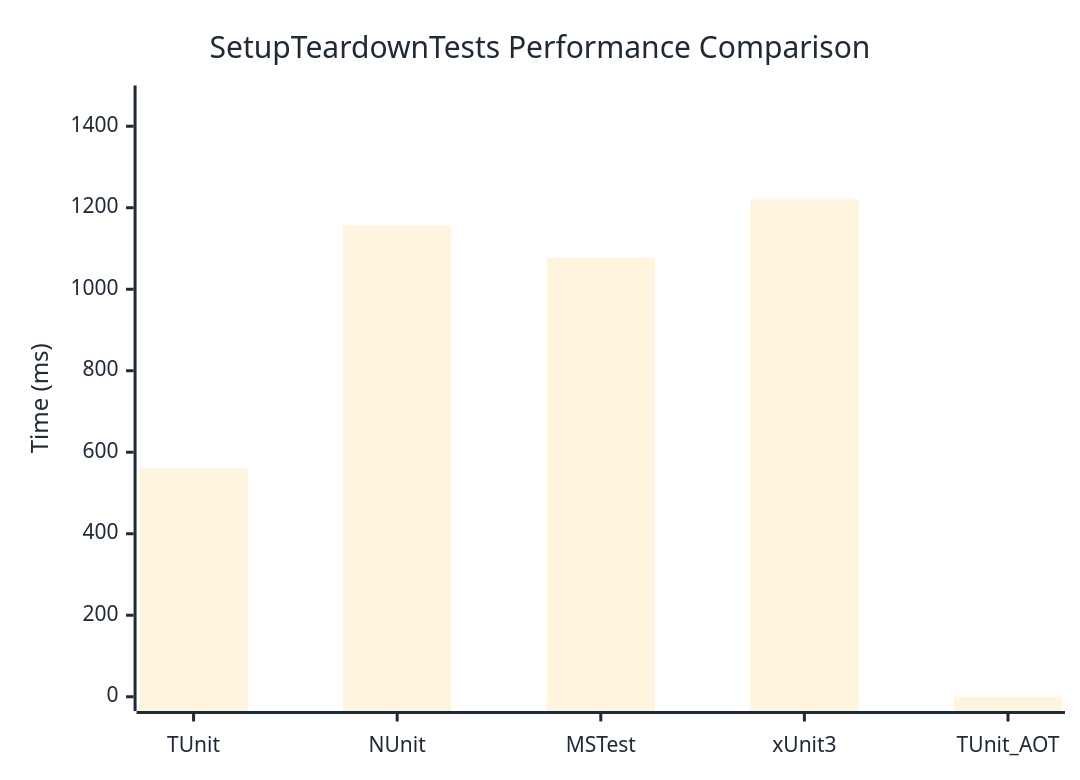
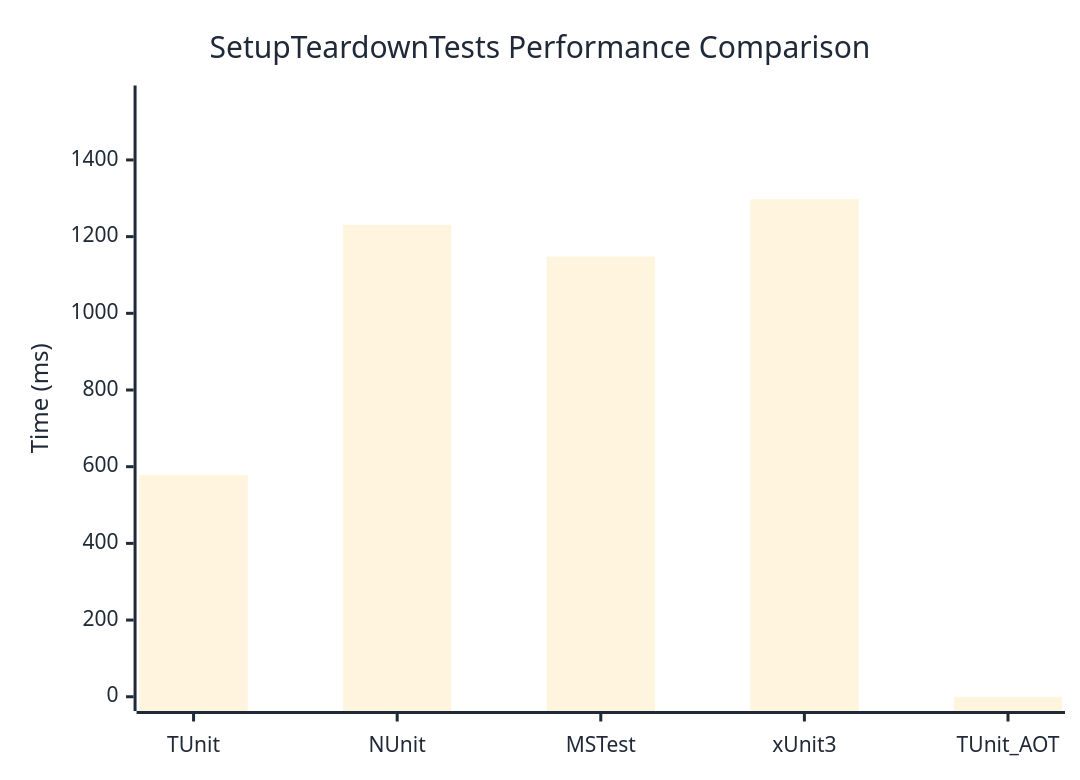
Before and after one commit to thomhurst/TUnit: the diagram in docs/docs/benchmarks/SetupTeardownTests.md, drawn with Mermaid. The commit also changed other lines of this file and 17 other files, not shown here.

````diff
--- a/docs/docs/benchmarks/SetupTeardownTests.md
+++ b/docs/docs/benchmarks/SetupTeardownTests.md
@@ -27,37 +27,37 @@
 ```mermaid
 %%{init: {
   'theme':'base',
   'themeVariables': {
     'primaryColor': '#2563eb',
     'primaryTextColor': '#1f2937',
     'primaryBorderColor': '#1e40af',
     'lineColor': '#6b7280',
     'secondaryColor': '#7c3aed',
     'tertiaryColor': '#dc2626',
     'background': '#ffffff',
     'mainBkg': '#2563eb',
     'secondBkg': '#7c3aed',
     'tertiaryBkg': '#dc2626',
     'clusterBkg': '#f3f4f6',
     'edgeLabelBackground': '#ffffff',
     'tertiaryTextColor': '#1f2937',
     'pie1': '#2563eb',
     'pie2': '#7c3aed',
     'pie3': '#dc2626',
     'pie4': '#f59e0b',
     'pie5': '#10b981',
     'pie6': '#06b6d4',
     'pie7': '#ec4899',
     'pie8': '#6366f1',
     'pie9': '#84cc16',
     'pie10': '#f97316',
     'pie11': '#14b8a6',
     'pie12': '#a855f7'
   }
 }}%%
 xychart-beta
   title "SetupTeardownTests Performance Comparison"
   x-axis ["TUnit", "NUnit", "MSTest", "xUnit3", "TUnit_AOT"]
-  y-axis "Time (ms)" 0 --> 1465
-  bar [560.3, 1156.9, 1076.7, 1220.3, 0]
+  y-axis "Time (ms)" 0 --> 1557
+  bar [578.6, 1230.8, 1148, 1297.5, 0]
 ```
````
